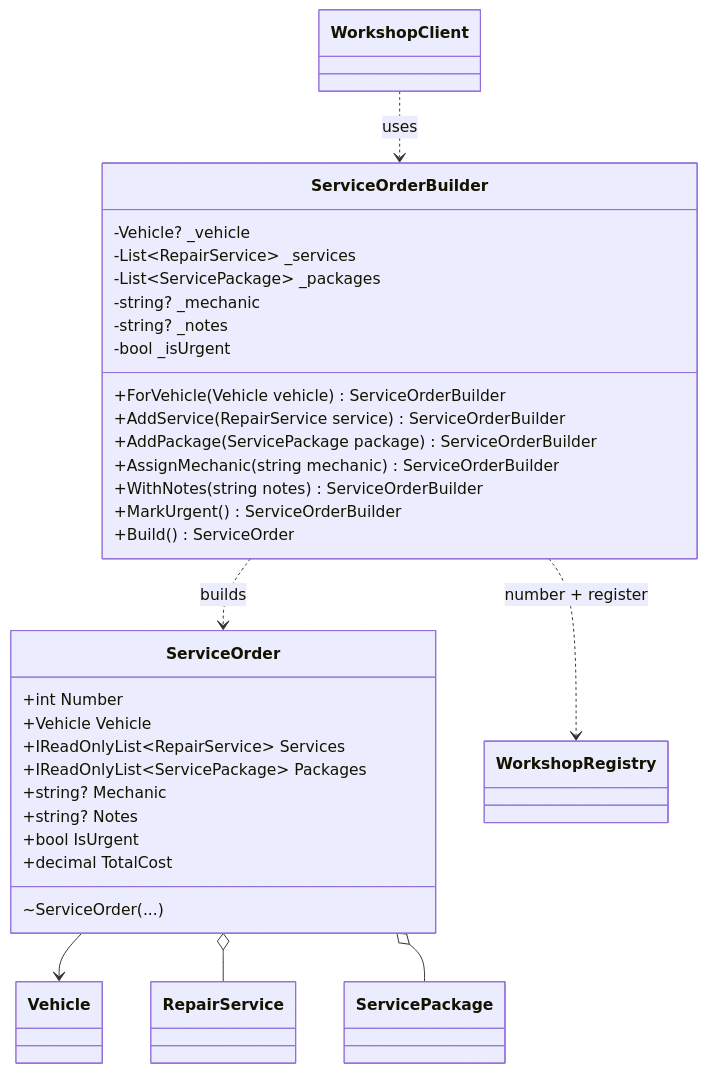
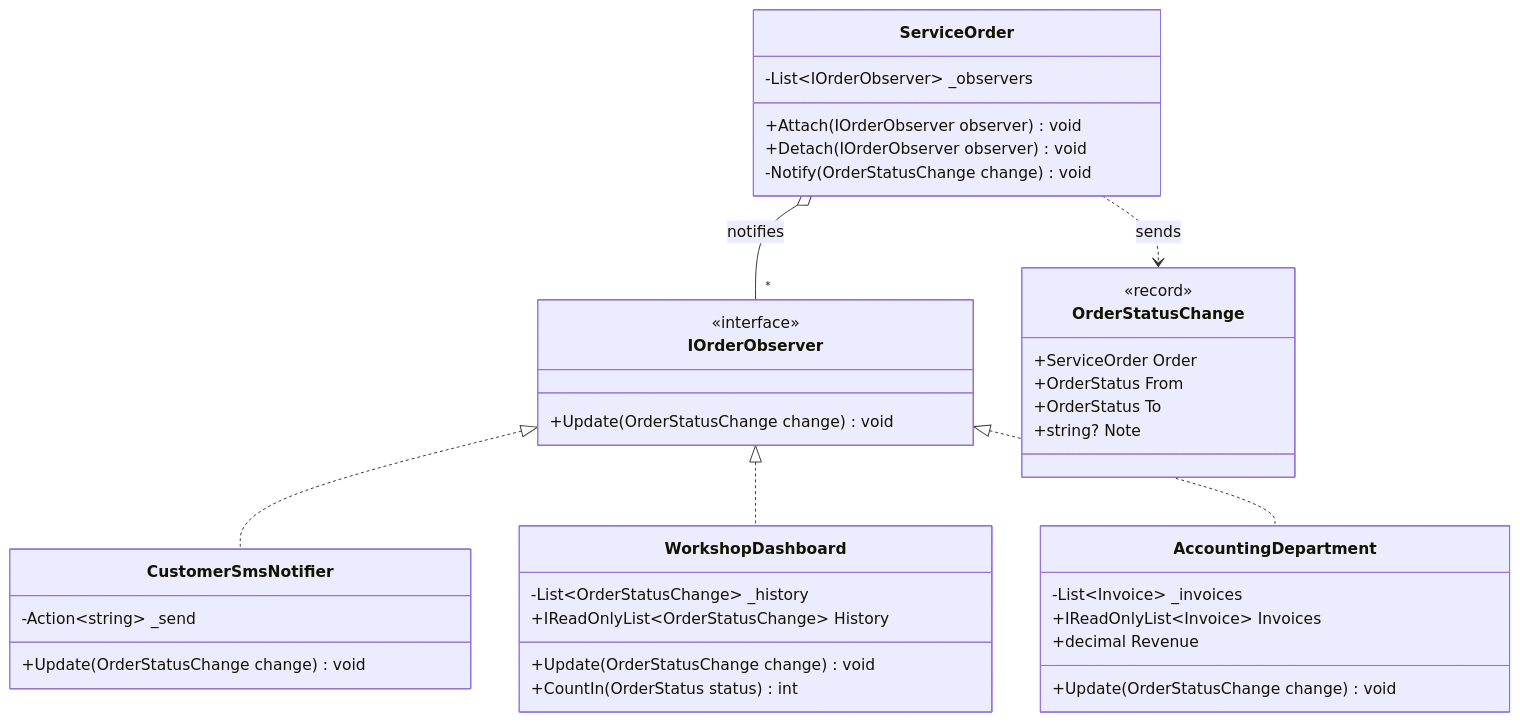
The third of 5 diagrams in README.md (mihaizastinceanu/TMPS), drawn with Mermaid before and after one commit. The commit also changed other lines of this file and 1 other file, not shown here.

````diff
--- a/README.md
+++ b/README.md
@@ -330,41 +230,42 @@
 ```mermaid
 classDiagram
-    class ServiceOrderBuilder {
-        -Vehicle? _vehicle
-        -List~RepairService~ _services
-        -List~ServicePackage~ _packages
-        -string? _mechanic
-        -string? _notes
-        -bool _isUrgent
-        +ForVehicle(Vehicle vehicle) ServiceOrderBuilder
-        +AddService(RepairService service) ServiceOrderBuilder
-        +AddPackage(ServicePackage package) ServiceOrderBuilder
-        +AssignMechanic(string mechanic) ServiceOrderBuilder
-        +WithNotes(string notes) ServiceOrderBuilder
-        +MarkUrgent() ServiceOrderBuilder
-        +Build() ServiceOrder
+    class ServiceOrder {
+        -List~IOrderObserver~ _observers
+        +Attach(IOrderObserver observer) void
+        +Detach(IOrderObserver observer) void
+        -Notify(OrderStatusChange change) void
     }
-    class ServiceOrder {
-        +int Number
-        +Vehicle Vehicle
-        +IReadOnlyList~RepairService~ Services
-        +IReadOnlyList~ServicePackage~ Packages
-        +string? Mechanic
-        +string? Notes
-        +bool IsUrgent
-        +decimal TotalCost
-        ~ServiceOrder(...)
+    class IOrderObserver {
+        <<interface>>
+        +Update(OrderStatusChange change) void
     }
-    class Vehicle
-    class RepairService
-    class ServicePackage
-    class WorkshopRegistry
-    class WorkshopClient
+    class OrderStatusChange {
+        <<record>>
+        +ServiceOrder Order
+        +OrderStatus From
+        +OrderStatus To
+        +string? Note
+    }
+    class CustomerSmsNotifier {
+        -Action~string~ _send
+        +Update(OrderStatusChange change) void
+    }
+    class WorkshopDashboard {
+        -List~OrderStatusChange~ _history
+        +IReadOnlyList~OrderStatusChange~ History
+        +Update(OrderStatusChange change) void
+        +CountIn(OrderStatus status) int
+    }
+    class AccountingDepartment {
+        -List~Invoice~ _invoices
+        +IReadOnlyList~Invoice~ Invoices
+        +decimal Revenue
+        +Update(OrderStatusChange change) void
+    }
 
-    WorkshopClient ..> ServiceOrderBuilder : uses
-    ServiceOrderBuilder ..> ServiceOrder : builds
-    ServiceOrderBuilder ..> WorkshopRegistry : number + register
-    ServiceOrder --> Vehicle
-    ServiceOrder o-- RepairService
-    ServiceOrder o-- ServicePackage
+    ServiceOrder o-- "*" IOrderObserver : notifies
+    ServiceOrder ..> OrderStatusChange : sends
+    IOrderObserver <|.. CustomerSmsNotifier
+    IOrderObserver <|.. WorkshopDashboard
+    IOrderObserver <|.. AccountingDepartment
 ```
````
